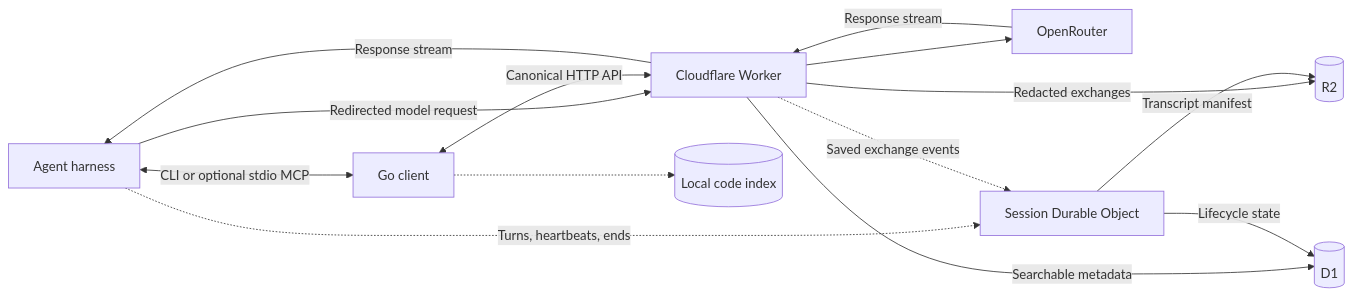
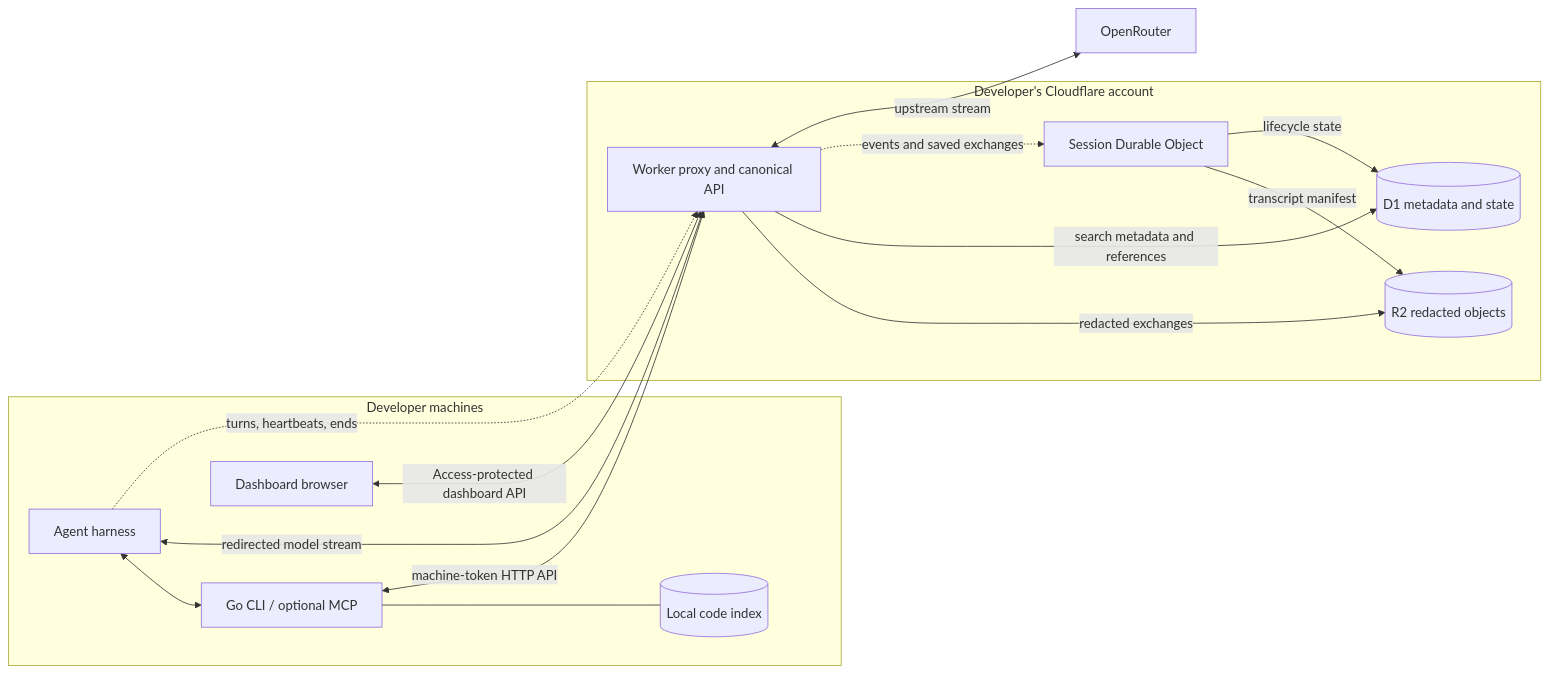
The diagram in docs/Spec.md (cloudboy-jh/Mimir), drawn with Mermaid before and after one commit. The commit also changed 3 other files, not shown here.

````diff
--- a/docs/Spec.md
+++ b/docs/Spec.md
@@ -43,16 +43,32 @@
 ```mermaid
 flowchart LR
-    H[Agent harness] -->|Redirected model request| W[Cloudflare Worker]
-    W --> O[OpenRouter]
-    O -->|Response stream| W
-    W -->|Response stream| H
-    W -->|Redacted exchanges| R[(R2)]
-    W -->|Searchable metadata| D[(D1)]
-    H -.->|Turns, heartbeats, ends| S[Session Durable Object]
-    W -.->|Saved exchange events| S
-    S -->|Transcript manifest| R
-    S -->|Lifecycle state| D
-    H <-->|CLI or optional stdio MCP| C[Go client]
-    C <-->|Canonical HTTP API| W
-    C -.-> I[(Local code index)]
+    subgraph LOCAL[Developer machines]
+        H[Agent harness]
+        C[Go CLI / optional MCP]
+        B[Dashboard browser]
+        I[(Local code index)]
+        H <--> C
+        C --- I
+    end
+
+    subgraph CF[Developer's Cloudflare account]
+        W[Worker proxy and canonical API]
+        S[Session Durable Object]
+        R[(R2 redacted objects)]
+        D[(D1 metadata and state)]
+
+        W -->|redacted exchanges| R
+        W -->|search metadata and references| D
+        W -.->|events and saved exchanges| S
+        S -->|transcript manifest| R
+        S -->|lifecycle state| D
+    end
+
+    O[OpenRouter]
+
+    H <-->|redirected model stream| W
+    H -.->|turns, heartbeats, ends| W
+    C <-->|machine-token HTTP API| W
+    B <-->|Access-protected dashboard API| W
+    W <-->|upstream stream| O
 ```
````
